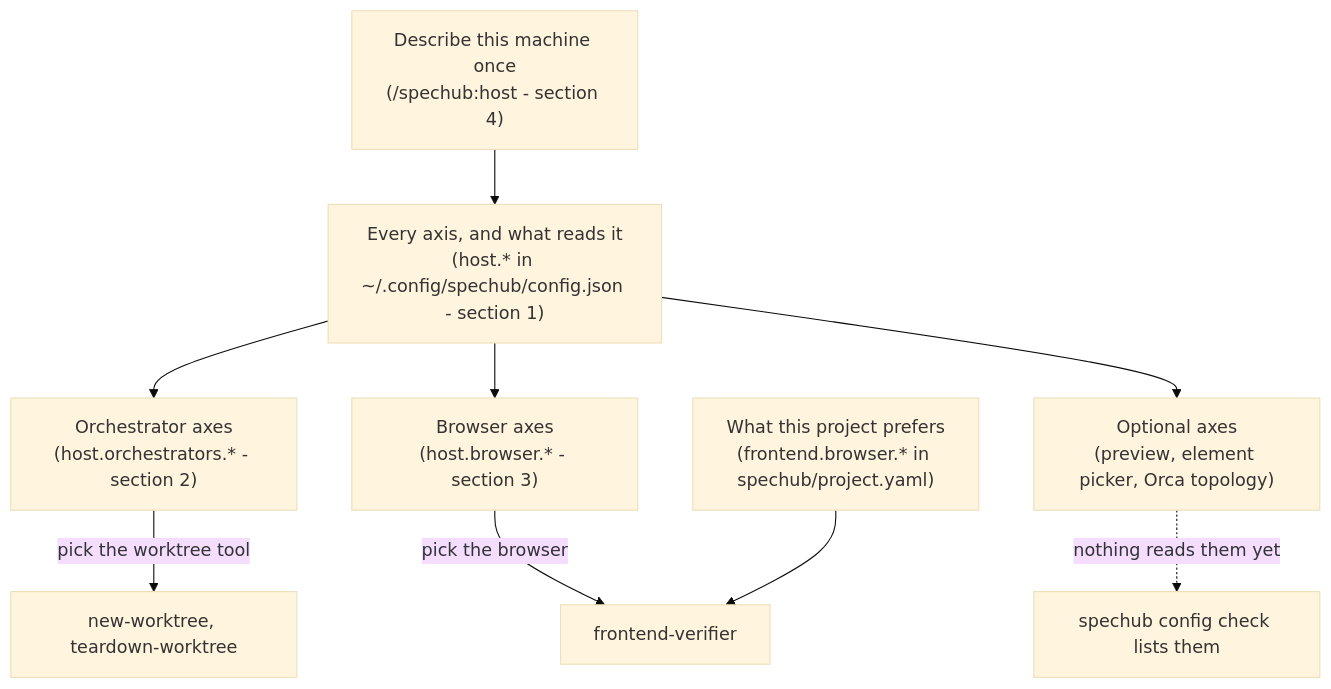
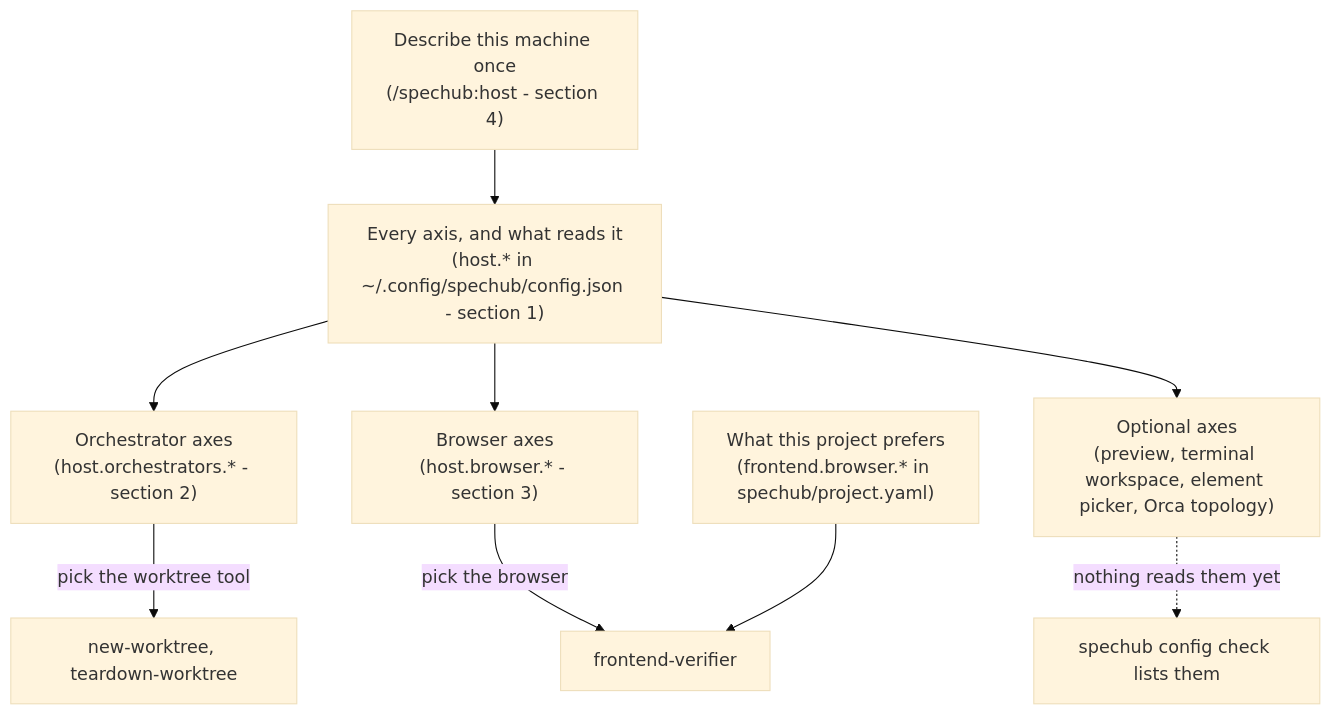
Before and after one commit to ac8318740/spechub: the diagram in docs/dev-setups.md, drawn with Mermaid (base theme). The commit also changed other lines of this file and 7 other files, not shown here.

First line of the commit message:
feat(setup): offer the terminal workspace once per machine

````diff
--- a/docs/dev-setups.md
+++ b/docs/dev-setups.md
@@ -22,11 +22,11 @@
 ```mermaid
 flowchart TD
     HOST["Describe this machine once<br/>(/spechub:host - section 4)"] --> AXES["Every axis, and what reads it<br/>(host.* in ~/.config/spechub/config.json - section 1)"]
     AXES --> ORCH["Orchestrator axes<br/>(host.orchestrators.* - section 2)"]
     AXES --> BROW["Browser axes<br/>(host.browser.* - section 3)"]
-    AXES --> OPT["Optional axes<br/>(preview, element picker, Orca topology)"]
+    AXES --> OPT["Optional axes<br/>(preview, terminal workspace, element picker, Orca topology)"]
     ORCH -->|"pick the worktree tool"| WT["new-worktree, teardown-worktree"]
     BROW -->|"pick the browser"| FV["frontend-verifier"]
     PROJ["What this project prefers<br/>(frontend.browser.* in spechub/project.yaml)"] --> FV
     OPT -.->|"nothing reads them yet"| CHK["spechub config check lists them"]
 ```
````
